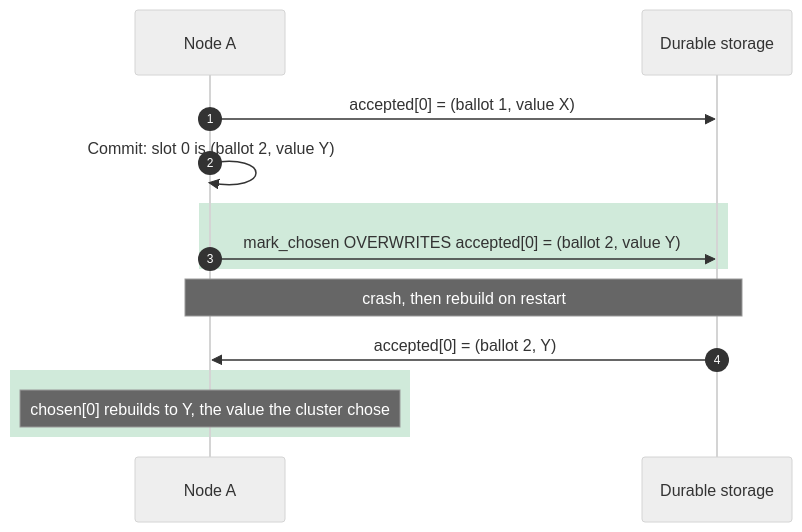
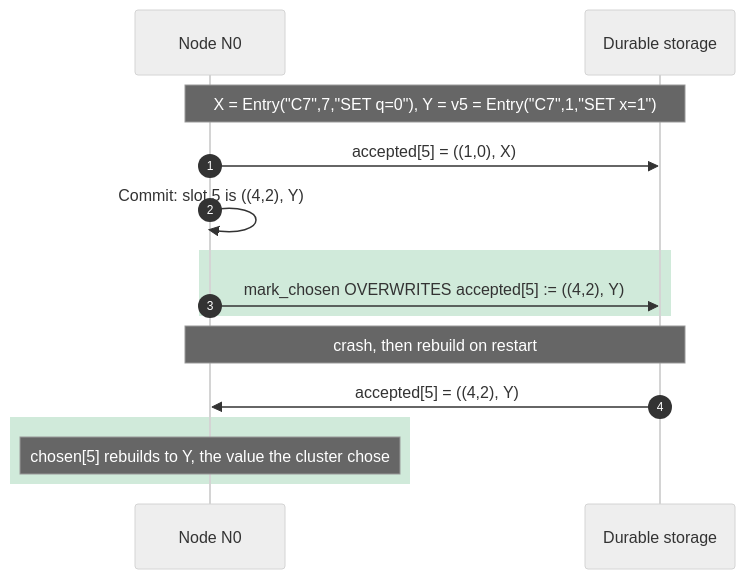
Before and after one commit to PierreZ/paros: the third of 3 diagrams in book/src/restart-safety.md, drawn with Mermaid (neutral theme). The commit also changed other lines of this file and 5 other files, not shown here.

````diff
--- a/book/src/restart-safety.md
+++ b/book/src/restart-safety.md
@@ -108,16 +109,17 @@
 ```mermaid
 sequenceDiagram
     autonumber
-    participant N as Node A
+    participant N as Node N0
     participant D as Durable storage
-    N->>D: accepted[0] = (ballot 1, value X)
-    N->>N: Commit: slot 0 is (ballot 2, value Y)
+    Note over N,D: X = Entry("C7",7,"SET q=0"), Y = v5 = Entry("C7",1,"SET x=1")
+    N->>D: accepted[5] = ((1,0), X)
+    N->>N: Commit: slot 5 is ((4,2), Y)
     rect rgba(70, 170, 110, 0.25)
-    N->>D: mark_chosen OVERWRITES accepted[0] = (ballot 2, value Y)
+    N->>D: mark_chosen OVERWRITES accepted[5] := ((4,2), Y)
     end
     Note over N,D: crash, then rebuild on restart
-    D->>N: accepted[0] = (ballot 2, Y)
+    D->>N: accepted[5] = ((4,2), Y)
     rect rgba(70, 170, 110, 0.25)
-    Note over N: chosen[0] rebuilds to Y, the value the cluster chose
+    Note over N: chosen[5] rebuilds to Y, the value the cluster chose
     end
 ```
````
